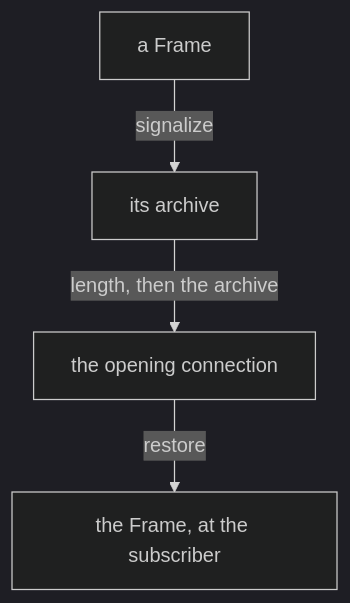
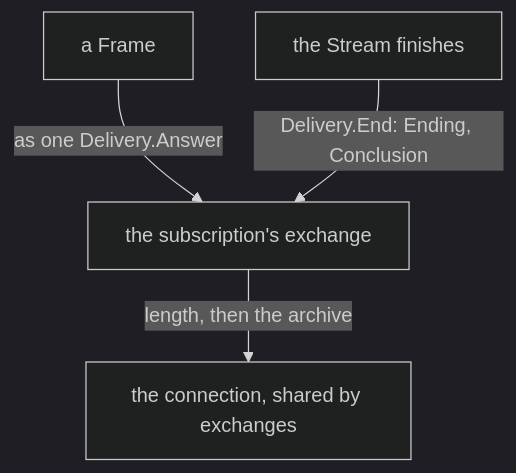
One commit to LiGoldragon/mind-belief changed the second of 3 diagrams in notion/subscription/0.md. Above: the diagram before and after it, drawn with Mermaid (dark theme). The commit also changed other lines of this file, not shown here.

First line of the commit message:
notion:subscription:0: a subscription is one exchange (Fable y33w, hp94; implementer amendments z0tc, nn6g, dmz6)

````diff
--- a/notion/subscription/0.md
+++ b/notion/subscription/0.md
@@ -104,6 +101,6 @@
 ```mermaid
 flowchart TB
-    f["a Frame"] -- "signalize" --> a["its archive"]
-    a -- "length, then the archive" --> c["the opening connection"]
-    c -- "restore" --> g["the Frame, at the subscriber"]
+    f["a Frame"] -- "as one Delivery.Answer" --> x["the subscription's exchange"]
+    e["the Stream finishes"] -- "Delivery.End: Ending, Conclusion" --> x
+    x -- "length, then the archive" --> c["the connection, shared by exchanges"]
 ```
````
